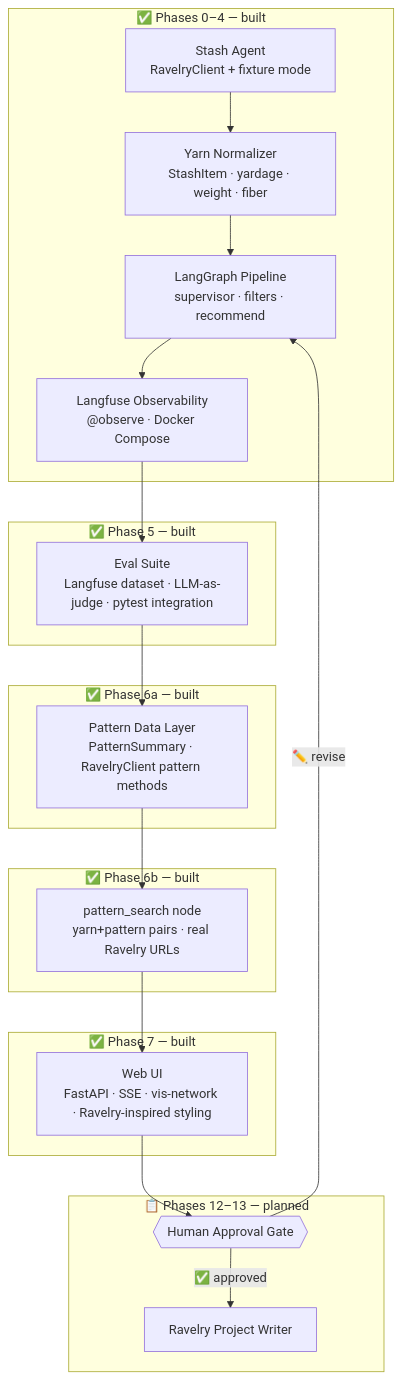
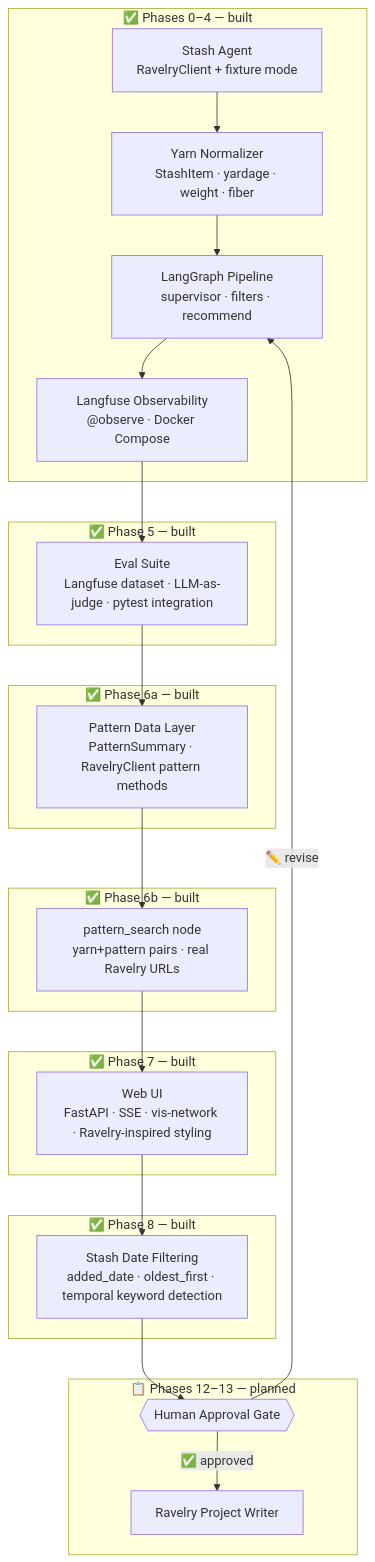
Before and after one commit to ReneeErnst/skein-minder: the second of 2 diagrams in README.md, drawn with Mermaid. The commit also changed other lines of this file and 2 other files, not shown here.

Commit message:
docs: update CLAUDE.md, README.md, RESEARCH.md for Phase 8 completion
Mark Phase 8 complete in roadmap table and mermaid diagram; add Phase 8
annotations to file tree and graph architecture descriptions in CLAUDE.md;
convert RESEARCH.md Phase 8 section from planning to complete.

````diff
--- a/README.md
+++ b/README.md
@@ -41,36 +41,40 @@
 ```mermaid
 flowchart TD
     subgraph built ["✅ Phases 0–4 — built"]
         Stash["Stash Agent\nRavelryClient + fixture mode"]
         Norm["Yarn Normalizer\nStashItem · yardage · weight · fiber"]
         Graph["LangGraph Pipeline\nsupervisor · filters · recommend"]
         Obs["Langfuse Observability\n@observe · Docker Compose"]
     end
 
     subgraph built2 ["✅ Phase 5 — built"]
         Eval["Eval Suite\nLangfuse dataset · LLM-as-judge · pytest integration"]
     end
 
     subgraph built3 ["✅ Phase 6a — built"]
         PatternData["Pattern Data Layer\nPatternSummary · RavelryClient pattern methods"]
     end
 
     subgraph built4 ["✅ Phase 6b — built"]
         PatternSearch["pattern_search node\nyarn+pattern pairs · real Ravelry URLs"]
     end
 
     subgraph built5 ["✅ Phase 7 — built"]
         WebUI["Web UI\nFastAPI · SSE · vis-network · Ravelry-inspired styling"]
     end
 
+    subgraph built6 ["✅ Phase 8 — built"]
+        DateFilter["Stash Date Filtering\nadded_date · oldest_first · temporal keyword detection"]
+    end
+
     subgraph future ["📋 Phases 12–13 — planned"]
         Gate{{"Human Approval Gate"}}
         Writer["Ravelry Project Writer"]
     end
 
     Stash --> Norm --> Graph --> Obs --> Eval
-    Eval --> PatternData --> PatternSearch --> WebUI
-    WebUI --> Gate -->|"✅ approved"| Writer
+    Eval --> PatternData --> PatternSearch --> WebUI --> DateFilter
+    DateFilter --> Gate -->|"✅ approved"| Writer
     Gate -->|"✏️ revise"| Graph
 
 ```
````
